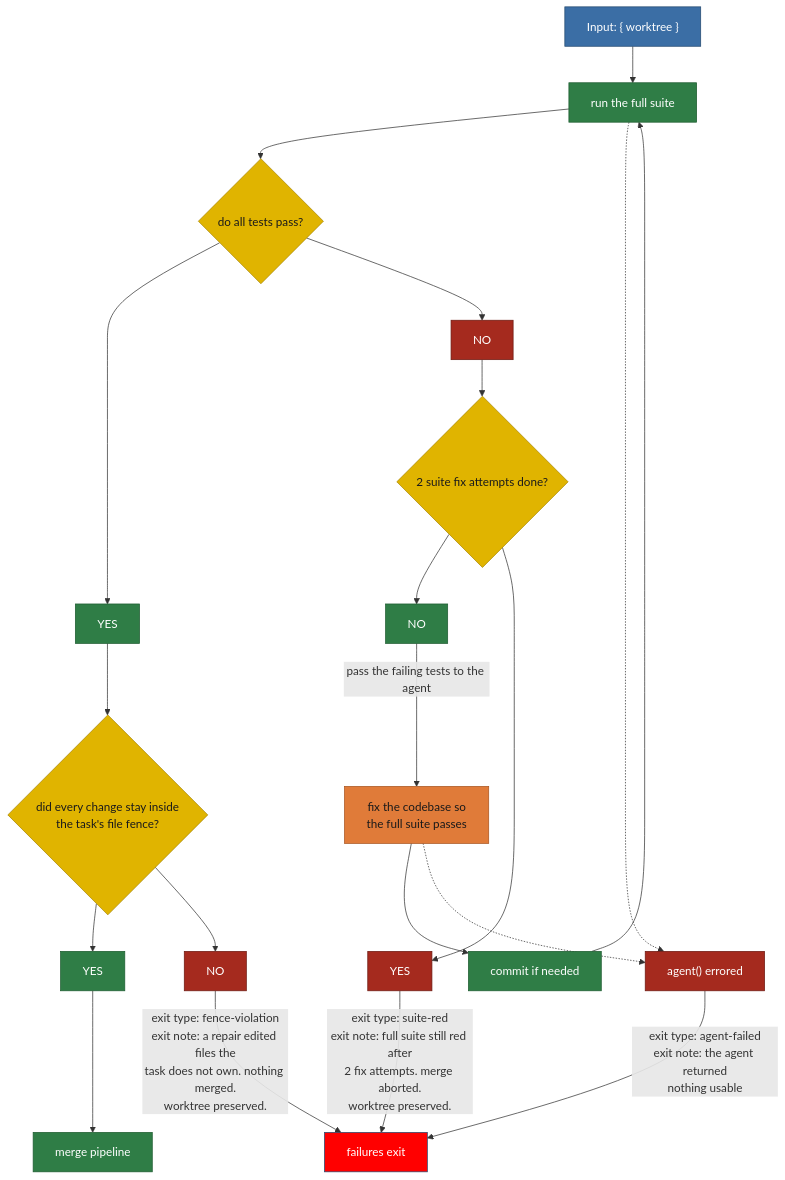
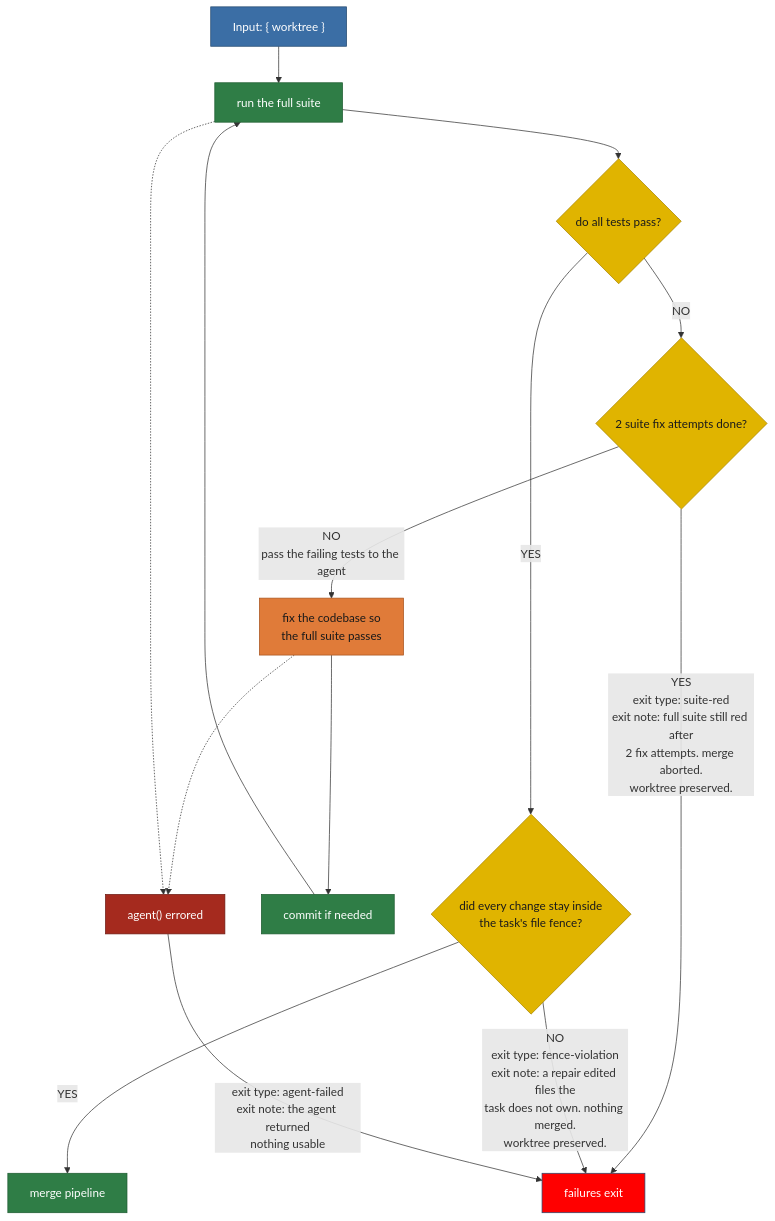
The diagram in plans/diagram/pipeline-suite.mmd (matkatmusic/taskTools), drawn with Mermaid before and after one commit. The commit also changed 12 other files, not shown here.

Commit message:
changed YES/NO blocks to be labels in diagrams

```diff
--- a/plans/diagram/pipeline-suite.mmd
+++ b/plans/diagram/pipeline-suite.mmd
@@ -1,77 +1,69 @@
 flowchart TB
 %% FULL SUITE PIPELINE. Split from pipeline-rebaseMerge.mmd.
 %% ---
 %% Input: a rebased worktree, with the source repo lock already held.
 %% ---
 %% Job: get the whole test suite green on the target branch.
 %% ---
 %% Rules not shown in the graph:
 %% ---
 %% The workflow sandbox cannot run a script, so this box is an agent box.
 %% ---
 %% The agent runs runFullSuite.ts with Bash and hands back the verdict.
 %% ---
 %% The fence gate runs once, after the fix loop and before the merge.
 %% ---
 %% It re-derives the diff itself and never trusts an agent's self-report.
 %% ---
 %% See checkTaskFileFence.ts.
 %% ---
 %% Counters count fix attempts, not failing runs.
 %% ---
 %% They are per-invocation, not persisted to tasks.json.
 %% ---
 %% KNOWN CEILING: the source lock goes stale at 15 minutes.
 %% ---
 %% Refreshes happen only between boxes, no background timer.
 %% ---
 %% See sourceRepoLock.ts, no setInterval.
 %% ---
 %% A script that fails operationally exits as run-failed.
 %% ---
 %% Exit types: agent-failed, suite-red, fence-violation, run-failed.
 
   REBASED_WORKTREE_INPUT["Input: { worktree }"] --> RUN_FULL_SUITE
   RUN_FULL_SUITE["run the full suite"] --> DO_ALL_TESTS_PASS{"do all tests pass?"}
-  DO_ALL_TESTS_PASS --> DO_ALL_TESTS_PASS_YES["YES"]
-  DO_ALL_TESTS_PASS --> DO_ALL_TESTS_PASS_NO["NO"]
+  DO_ALL_TESTS_PASS -->|YES| DID_CHANGES_STAY_INSIDE_FENCE{"did every change stay inside<br/>the task's file fence?"}
+  DO_ALL_TESTS_PASS -->|NO| ARE_2_SUITE_FIXES_DONE{"2 suite fix attempts done?"}
 
-  DO_ALL_TESTS_PASS_NO --> ARE_2_SUITE_FIXES_DONE{"2 suite fix attempts done?"}
-  ARE_2_SUITE_FIXES_DONE --> ARE_2_SUITE_FIXES_DONE_NO["NO"]
-  ARE_2_SUITE_FIXES_DONE --> ARE_2_SUITE_FIXES_DONE_YES["YES"]
-  ARE_2_SUITE_FIXES_DONE_NO -- "pass the failing tests to the agent" --> FIX_THE_CODEBASE_FOR_SUITE["fix the codebase so<br/>the full suite passes"]
+  ARE_2_SUITE_FIXES_DONE -- "NO<br/>pass the failing tests to the agent" --> FIX_THE_CODEBASE_FOR_SUITE["fix the codebase so<br/>the full suite passes"]
+  ARE_2_SUITE_FIXES_DONE -- "YES<br/>exit type: suite-red<br/>exit note: full suite still red after<br/>2 fix attempts. merge aborted.<br/>worktree preserved." --> EXIT_WORKFLOW_SUITE
   FIX_THE_CODEBASE_FOR_SUITE --> COMMIT_SUITE_FIX_IF_NEEDED["commit if needed"]
   COMMIT_SUITE_FIX_IF_NEEDED --> RUN_FULL_SUITE
-  ARE_2_SUITE_FIXES_DONE_YES -- "exit type: suite-red<br/>exit note: full suite still red after<br/>2 fix attempts. merge aborted.<br/>worktree preserved." --> EXIT_WORKFLOW_SUITE
 
-  DO_ALL_TESTS_PASS_YES --> DID_CHANGES_STAY_INSIDE_FENCE{"did every change stay inside<br/>the task's file fence?"}
-  DID_CHANGES_STAY_INSIDE_FENCE --> DID_CHANGES_STAY_INSIDE_FENCE_YES["YES"]
-  DID_CHANGES_STAY_INSIDE_FENCE --> DID_CHANGES_STAY_INSIDE_FENCE_NO["NO"]
-  DID_CHANGES_STAY_INSIDE_FENCE_YES --> MERGE_PIPELINE["merge pipeline"]
-  DID_CHANGES_STAY_INSIDE_FENCE_NO -- "exit type: fence-violation<br/>exit note: a repair edited files the<br/>task does not own. nothing merged.<br/>worktree preserved." --> EXIT_WORKFLOW_SUITE
+  DID_CHANGES_STAY_INSIDE_FENCE -->|YES| MERGE_PIPELINE["merge pipeline"]
+  DID_CHANGES_STAY_INSIDE_FENCE -- "NO<br/>exit type: fence-violation<br/>exit note: a repair edited files the<br/>task does not own. nothing merged.<br/>worktree preserved." --> EXIT_WORKFLOW_SUITE
 
   FIX_THE_CODEBASE_FOR_SUITE -.-> AGENT_ERRORED["agent() errored"] -- "exit type: agent-failed<br/>exit note: the agent returned<br/>nothing usable" --> EXIT_WORKFLOW_SUITE
   RUN_FULL_SUITE -.-> AGENT_ERRORED
 
   EXIT_WORKFLOW_SUITE["failures exit"]
 
   %% Green heads for the next pipeline.
   %% ---
   %% Red goes back round the cycle or ends in the exit workflow.
   classDef pipeline fill:#2f7d46,stroke:#1e5c31,color:#ffffff
   classDef script fill:#2f7d46,stroke:#1e5c31,color:#ffffff
   classDef agent fill:#e07b39,stroke:#a8541f,color:#1a1a1a
   classDef decision fill:#e0b400,stroke:#a88600,color:#1a1a1a
   classDef output fill:#3b6ea5,stroke:#254a70,color:#ffffff
   classDef fail fill:red,stroke:#254a70,color:#ffffff
   classDef pass fill:#2f7d46,stroke:#1e5c31,color:#ffffff
   classDef nopass fill:#a52a1e,stroke:#6d1a12,color:#ffffff
   class DO_ALL_TESTS_PASS,ARE_2_SUITE_FIXES_DONE,DID_CHANGES_STAY_INSIDE_FENCE decision
   class COMMIT_SUITE_FIX_IF_NEEDED,RUN_FULL_SUITE script
   class FIX_THE_CODEBASE_FOR_SUITE agent
   class MERGE_PIPELINE pipeline
-  class DO_ALL_TESTS_PASS_YES,ARE_2_SUITE_FIXES_DONE_NO,DID_CHANGES_STAY_INSIDE_FENCE_YES pass
-  class DO_ALL_TESTS_PASS_NO,ARE_2_SUITE_FIXES_DONE_YES,DID_CHANGES_STAY_INSIDE_FENCE_NO nopass
   class AGENT_ERRORED nopass
   class EXIT_WORKFLOW_SUITE fail
   class REBASED_WORKTREE_INPUT output
```
